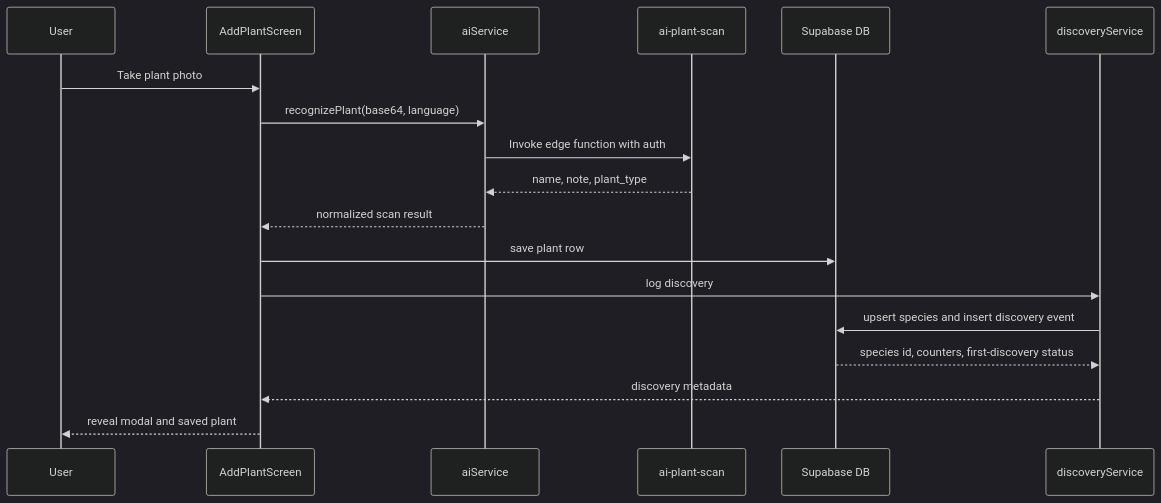
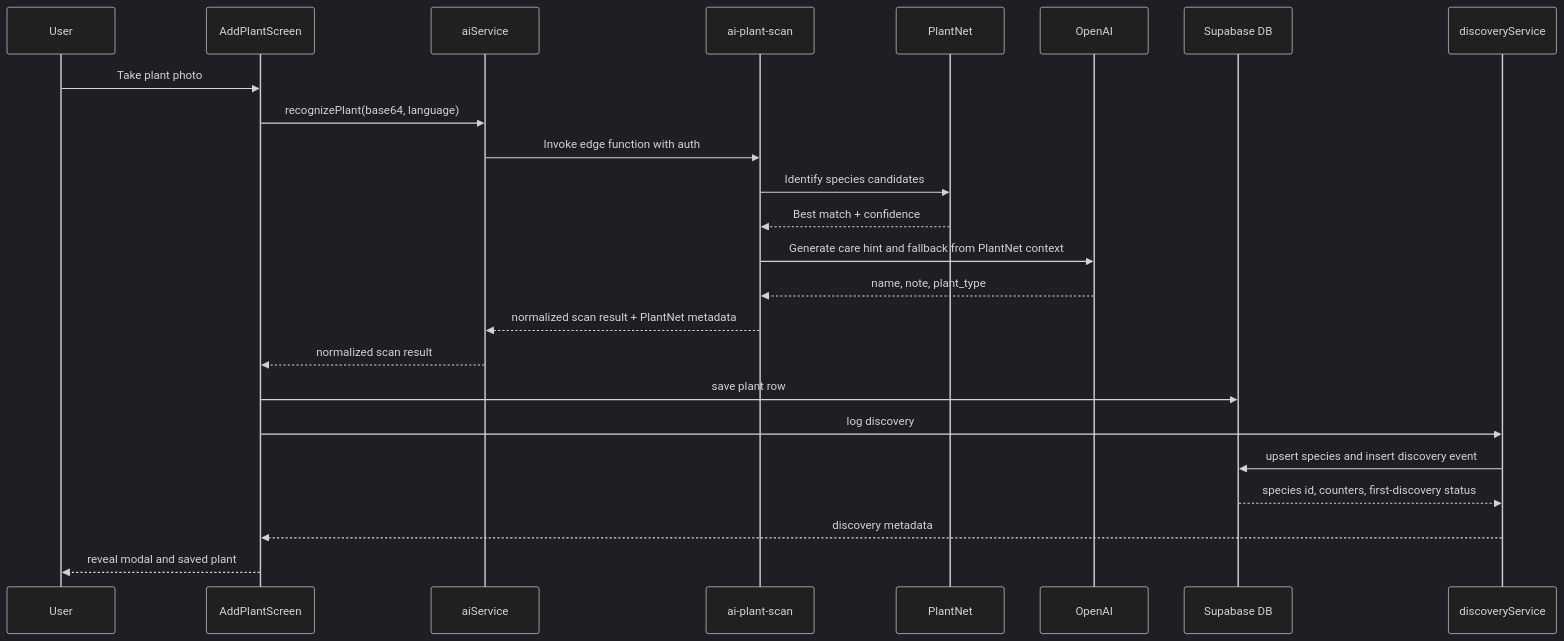
Before and after one commit to 3lC4pt41n/Mein-Gaertner-App: the third of 6 diagrams in ARCHITECTURE.md, drawn with Mermaid (dark theme). The commit also changed other lines of this file and 3 other files, not shown here.

Commit message:
docs: clarify PlantNet recognition flow

````diff
--- a/ARCHITECTURE.md
+++ b/ARCHITECTURE.md
@@ -137,21 +141,27 @@
 ```mermaid
 sequenceDiagram
   participant U as User
   participant A as AddPlantScreen
   participant AI as aiService
   participant EF as ai-plant-scan
+  participant PN as PlantNet
+  participant OAI as OpenAI
   participant DB as Supabase DB
   participant DX as discoveryService
 
   U->>A: Take plant photo
   A->>AI: recognizePlant(base64, language)
   AI->>EF: Invoke edge function with auth
-  EF-->>AI: name, note, plant_type
+  EF->>PN: Identify species candidates
+  PN-->>EF: Best match + confidence
+  EF->>OAI: Generate care hint and fallback from PlantNet context
+  OAI-->>EF: name, note, plant_type
+  EF-->>AI: normalized scan result + PlantNet metadata
   AI-->>A: normalized scan result
   A->>DB: save plant row
   A->>DX: log discovery
   DX->>DB: upsert species and insert discovery event
   DB-->>DX: species id, counters, first-discovery status
   DX-->>A: discovery metadata
   A-->>U: reveal modal and saved plant
 ```
````
